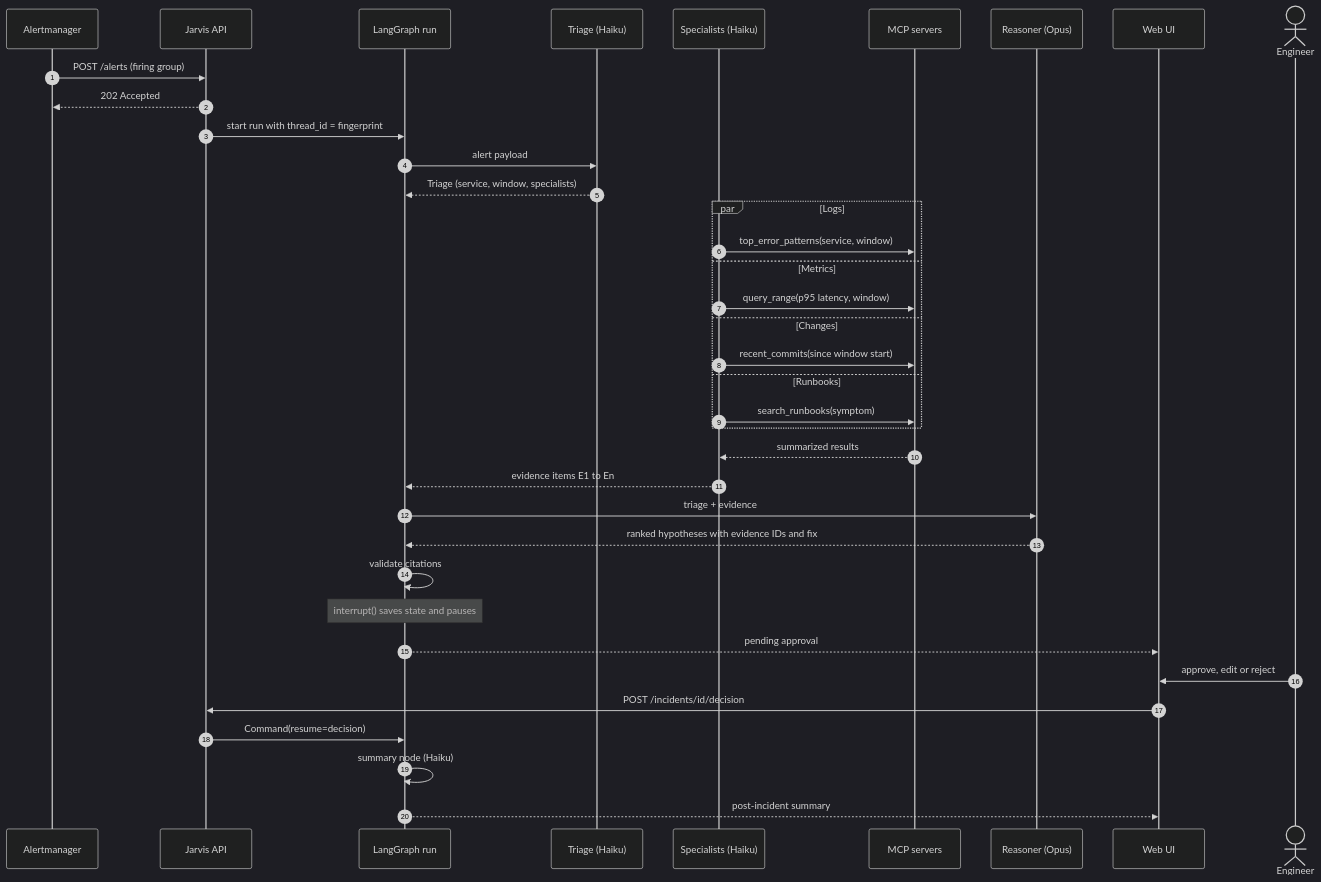
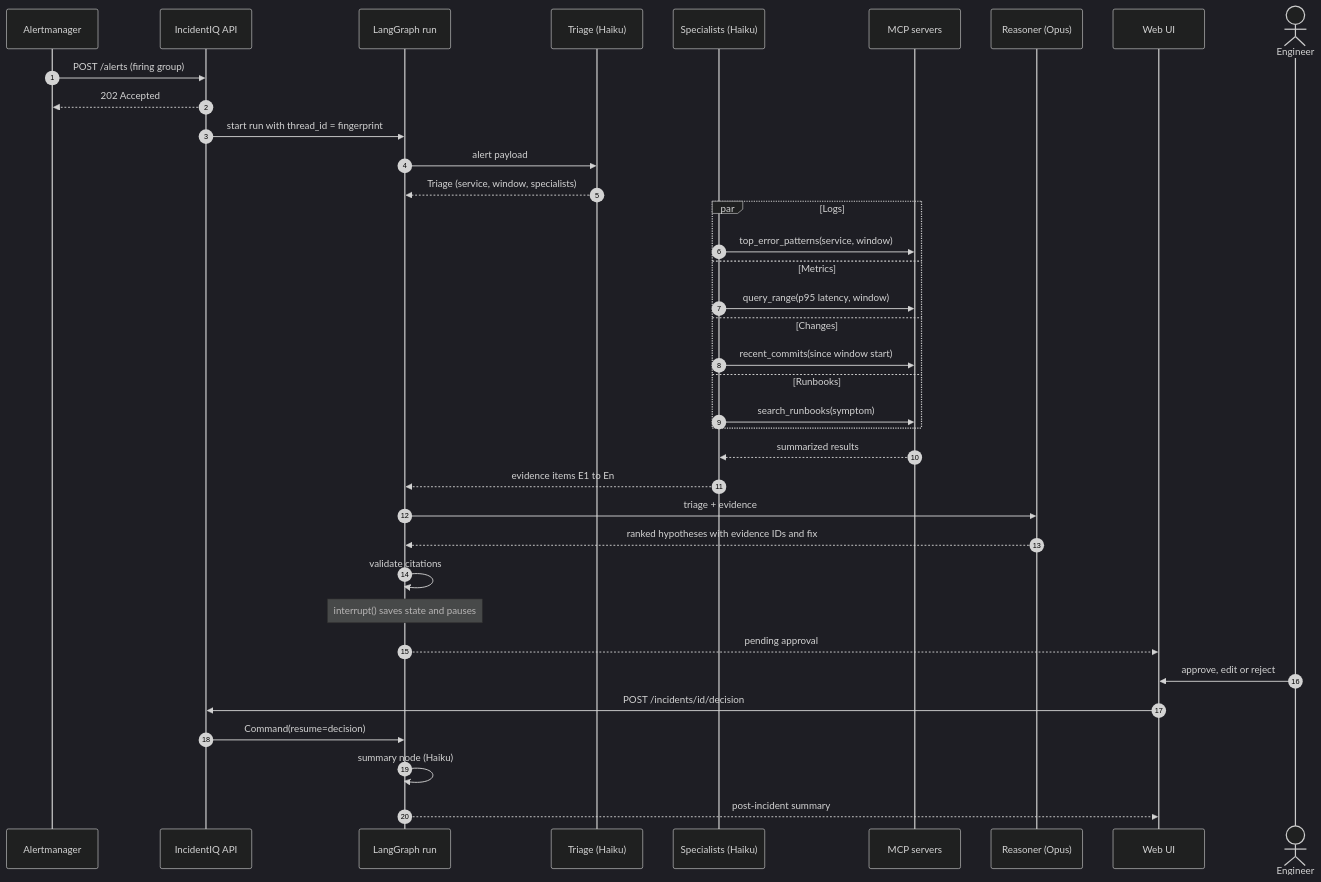
The third of 7 diagrams in INFO.md (striderzz/IncidentIQ-AgentOps), drawn with Mermaid (dark theme) before and after one commit. The commit also changed other lines of this file and 2 other files, not shown here.

````diff
--- a/INFO.md
+++ b/INFO.md
@@ -193,40 +193,40 @@
 ```mermaid
 sequenceDiagram
     autonumber
     participant AM as Alertmanager
-    participant API as Jarvis API
+    participant API as IncidentIQ API
     participant G as LangGraph run
     participant T as Triage (Haiku)
     participant S as Specialists (Haiku)
     participant MCP as MCP servers
     participant R as Reasoner (Opus)
     participant UI as Web UI
     actor E as Engineer
 
     AM->>API: POST /alerts (firing group)
     API-->>AM: 202 Accepted
     API->>G: start run with thread_id = fingerprint
     G->>T: alert payload
     T-->>G: Triage (service, window, specialists)
     par Logs
         S->>MCP: top_error_patterns(service, window)
     and Metrics
         S->>MCP: query_range(p95 latency, window)
     and Changes
         S->>MCP: recent_commits(since window start)
     and Runbooks
         S->>MCP: search_runbooks(symptom)
     end
     MCP-->>S: summarized results
     S-->>G: evidence items E1 to En
     G->>R: triage + evidence
     R-->>G: ranked hypotheses with evidence IDs and fix
     G->>G: validate citations
     Note over G: interrupt() saves state and pauses
     G-->>UI: pending approval
     E->>UI: approve, edit or reject
     UI->>API: POST /incidents/id/decision
     API->>G: Command(resume=decision)
     G->>G: summary node (Haiku)
     G-->>UI: post-incident summary
 ```
````
